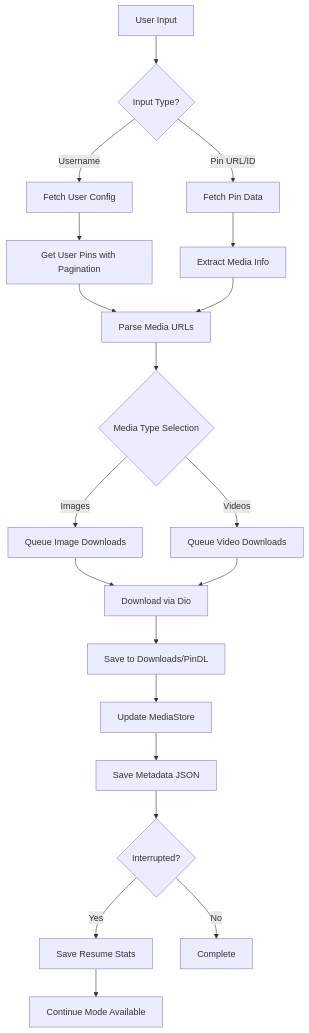
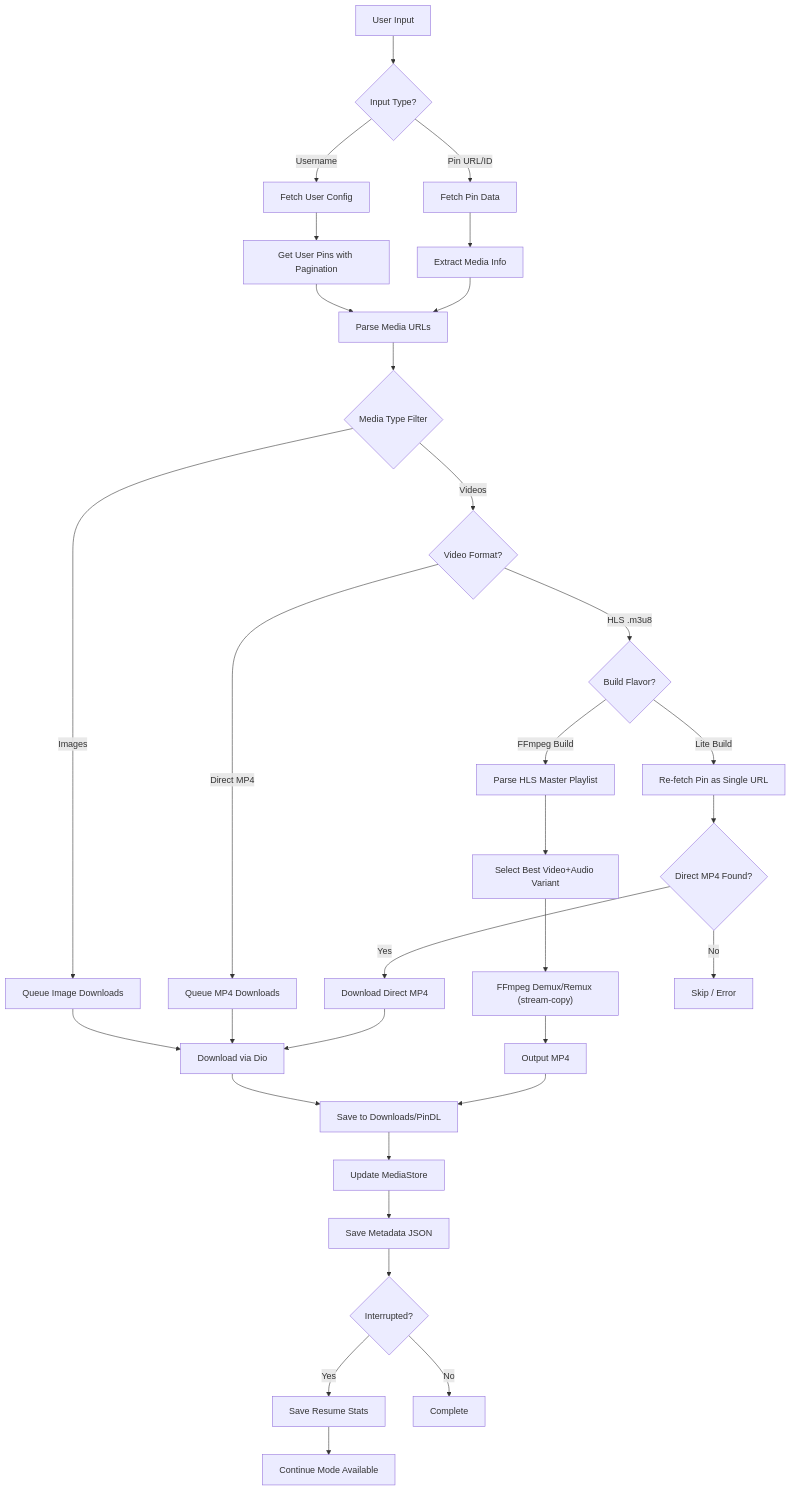
One commit to motebaya/pindl-app changed the diagram in README.md. Above: the diagram before and after it, drawn with Mermaid. The commit also changed other lines of this file, not shown here.

Commit message:
docs: documentation

````diff
--- a/README.md
+++ b/README.md
@@ -24,29 +24,44 @@
 ```mermaid
 flowchart TD
     A[User Input] --> B{Input Type?}
     B -->|Username| C[Fetch User Config]
     B -->|Pin URL/ID| D[Fetch Pin Data]
 
     C --> E[Get User Pins with Pagination]
     E --> F[Parse Media URLs]
 
     D --> G[Extract Media Info]
     G --> F
 
-    F --> H{Media Type Selection}
+    F --> H{Media Type Filter}
     H -->|Images| I[Queue Image Downloads]
-    H -->|Videos| J[Queue Video Downloads]
+    H -->|Videos| J{Video Format?}
 
-    I --> K[Download via Dio]
-    J --> K
+    J -->|Direct MP4| K[Queue MP4 Downloads]
+    J -->|HLS .m3u8| L{Build Flavor?}
 
-    K --> L[Save to Downloads/PinDL]
-    L --> M[Update MediaStore]
-    M --> N[Save Metadata JSON]
+    L -->|FFmpeg Build| M[Parse HLS Master Playlist]
+    M --> N[Select Best Video+Audio Variant]
+    N --> O["FFmpeg Demux/Remux (stream-copy)"]
+    O --> P[Output MP4]
 
-    N --> O{Interrupted?}
-    O -->|Yes| P[Save Resume Stats]
-    O -->|No| Q[Complete]
+    L -->|Lite Build| Q[Re-fetch Pin as Single URL]
+    Q --> R{Direct MP4 Found?}
+    R -->|Yes| S[Download Direct MP4]
+    R -->|No| T[Skip / Error]
 
-    P --> R[Continue Mode Available]
+    I --> U[Download via Dio]
+    K --> U
+    S --> U
+
+    U --> V[Save to Downloads/PinDL]
+    P --> V
+    V --> W[Update MediaStore]
+    W --> X[Save Metadata JSON]
+
+    X --> Y{Interrupted?}
+    Y -->|Yes| Z[Save Resume Stats]
+    Y -->|No| AA[Complete]
+
+    Z --> AB[Continue Mode Available]
 ```
````
